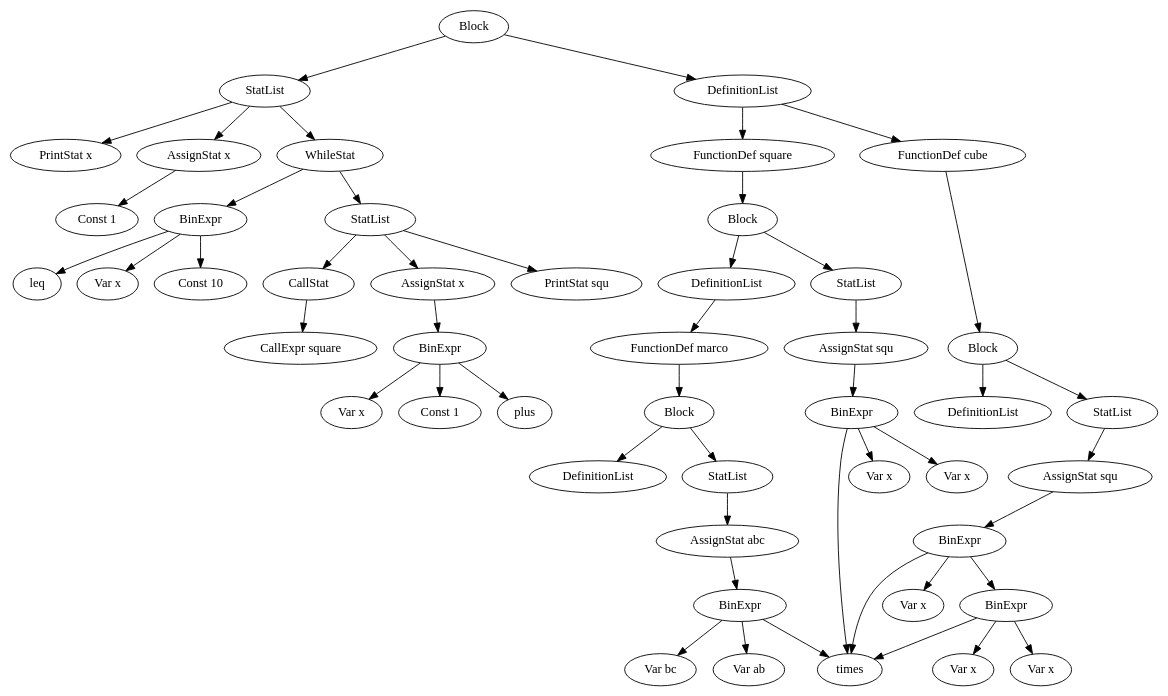
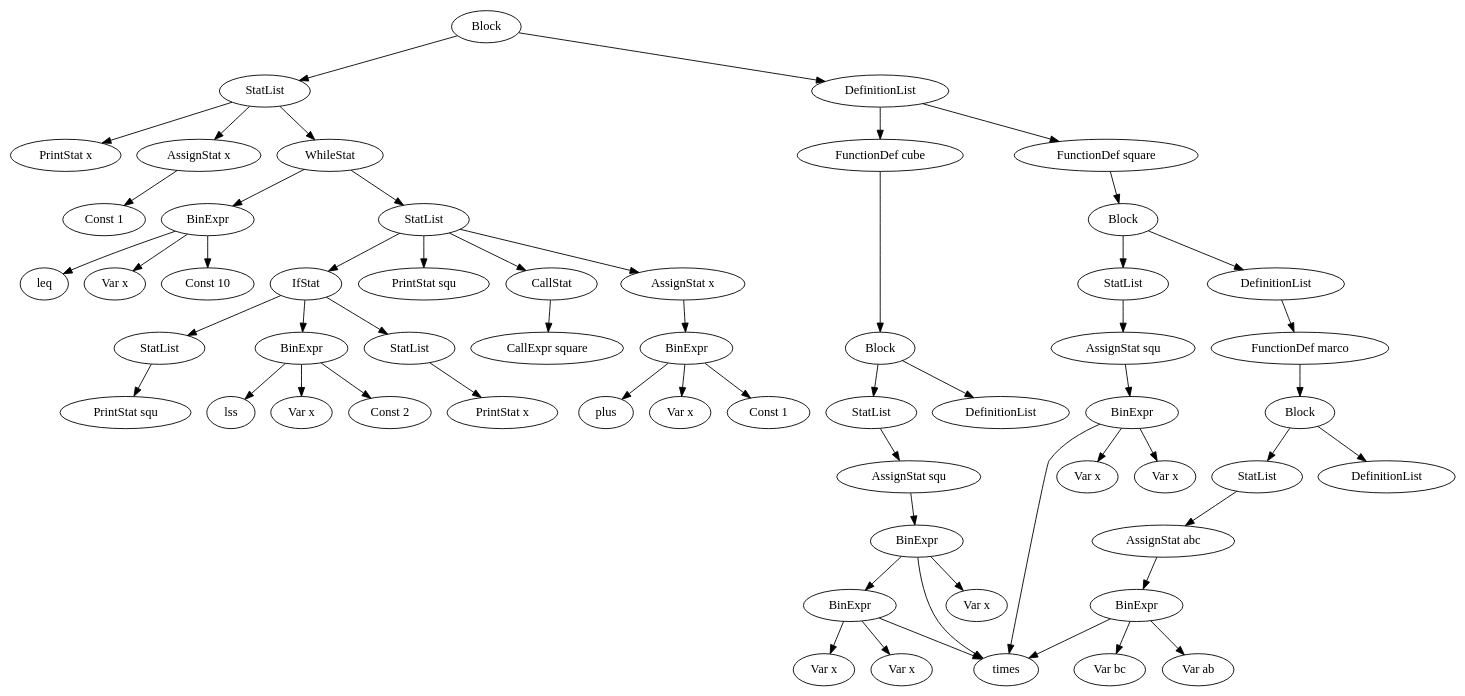
One commit to AloveIs/COT_lab changed the diagram in ir.gv. Above: the diagram before and after it, drawn with Graphviz. The commit also changed 15 other files, not shown here.

```diff
--- a/ir.gv
+++ b/ir.gv
@@ -1,101 +1,119 @@
 digraph "IR representation" {
-	140625506110032 [label="Block "]
-	140625506110032 -> 140625506109008
-	140625506110032 -> 140625506567888
-	140625506109008 [label="StatList "]
-	140625506109008 -> 140625506109136
-	140625506109008 -> 140625506109904
-	140625506109008 -> 140625506109968
-	140625506109136 [label="AssignStat x"]
-	140625506109136 -> 140625506109072
-	140625506109072 [label="Const 1"]
-	140625506109904 [label="WhileStat "]
-	140625506109904 -> 140625506109392
-	140625506109904 -> 140625506109328
-	140625506109392 [label="StatList "]
-	140625506109392 -> 140625506109520
-	140625506109392 -> 140625506109776
-	140625506109392 -> 140625506109840
-	140625506109520 [label="CallStat "]
-	140625506109520 -> 140625506109456
-	140625506109456 [label="CallExpr square"]
-	140625506109776 [label="AssignStat x"]
-	140625506109776 -> 140625506109712
-	140625506109712 [label="BinExpr "]
-	140625506109712 -> 140625531354352
-	140625531354352 [label=plus]
-	140625506109712 -> 140625506109584
-	140625506109712 -> 140625506109648
-	140625506109584 [label="Var x"]
-	140625506109648 [label="Const 1"]
-	140625506109840 [label="PrintStat squ"]
-	140625506109328 [label="BinExpr "]
-	140625506109328 -> 140625508149408
-	140625508149408 [label=leq]
-	140625506109328 -> 140625506109200
-	140625506109328 -> 140625506109264
-	140625506109200 [label="Var x"]
-	140625506109264 [label="Const 10"]
-	140625506109968 [label="PrintStat x"]
-	140625506567888 [label="DefinitionList "]
-	140625506567888 -> 140625506108048
-	140625506567888 -> 140625506108880
-	140625506108048 [label="FunctionDef square"]
-	140625506108048 -> 140625506107920
-	140625506107920 [label="Block "]
-	140625506107920 -> 140625506107600
-	140625506107920 -> 140625506568592
-	140625506107600 [label="StatList "]
-	140625506107600 -> 140625506107856
-	140625506107856 [label="AssignStat squ"]
-	140625506107856 -> 140625506107792
-	140625506107792 [label="BinExpr "]
-	140625506107792 -> 140625532370880
-	140625532370880 [label=times]
-	140625506107792 -> 140625506107664
-	140625506107792 -> 140625506107728
-	140625506107664 [label="Var x"]
-	140625506107728 [label="Var x"]
-	140625506568592 [label="DefinitionList "]
-	140625506568592 -> 140625506107472
-	140625506107472 [label="FunctionDef marco"]
-	140625506107472 -> 140625506570128
-	140625506570128 [label="Block "]
-	140625506570128 -> 140625506569232
-	140625506570128 -> 140625506568848
-	140625506569232 [label="StatList "]
-	140625506569232 -> 140625506570064
-	140625506570064 [label="AssignStat abc"]
-	140625506570064 -> 140625506570000
-	140625506570000 [label="BinExpr "]
-	140625506570000 -> 140625532370880
-	140625532370880 [label=times]
-	140625506570000 -> 140625506569808
-	140625506570000 -> 140625506569936
-	140625506569808 [label="Var ab"]
-	140625506569936 [label="Var bc"]
-	140625506568848 [label="DefinitionList "]
-	140625506108880 [label="FunctionDef cube"]
-	140625506108880 -> 140625506108752
-	140625506108752 [label="Block "]
-	140625506108752 -> 140625506108304
-	140625506108752 -> 140625506108176
-	140625506108304 [label="StatList "]
-	140625506108304 -> 140625506108688
-	140625506108688 [label="AssignStat squ"]
-	140625506108688 -> 140625506108624
-	140625506108624 [label="BinExpr "]
-	140625506108624 -> 140625532370880
-	140625532370880 [label=times]
-	140625506108624 -> 140625506108496
-	140625506108624 -> 140625506108560
-	140625506108496 [label="BinExpr "]
-	140625506108496 -> 140625532370880
-	140625532370880 [label=times]
-	140625506108496 -> 140625506108368
-	140625506108496 -> 140625506108432
-	140625506108368 [label="Var x"]
-	140625506108432 [label="Var x"]
-	140625506108560 [label="Var x"]
-	140625506108176 [label="DefinitionList "]
+	140700635512272 [label="Block "]
+	140700635512272 -> 140700635510608
+	140700635512272 -> 140700635486032
+	140700635510608 [label="StatList "]
+	140700635510608 -> 140700635510736
+	140700635510608 -> 140700635512144
+	140700635510608 -> 140700635512208
+	140700635510736 [label="AssignStat x"]
+	140700635510736 -> 140700635510672
+	140700635510672 [label="Const 1"]
+	140700635512144 [label="WhileStat "]
+	140700635512144 -> 140700635510992
+	140700635512144 -> 140700635510928
+	140700635510992 [label="StatList "]
+	140700635510992 -> 140700635511120
+	140700635510992 -> 140700635511376
+	140700635510992 -> 140700635512016
+	140700635510992 -> 140700635512080
+	140700635511120 [label="CallStat "]
+	140700635511120 -> 140700635511056
+	140700635511056 [label="CallExpr square"]
+	140700635511376 [label="AssignStat x"]
+	140700635511376 -> 140700635511312
+	140700635511312 [label="BinExpr "]
+	140700635511312 -> 140700660493552
+	140700660493552 [label=plus]
+	140700635511312 -> 140700635511184
+	140700635511312 -> 140700635511248
+	140700635511184 [label="Var x"]
+	140700635511248 [label="Const 1"]
+	140700635512016 [label="IfStat "]
+	140700635512016 -> 140700635511888
+	140700635512016 -> 140700635511696
+	140700635512016 -> 140700635511760
+	140700635511888 [label="StatList "]
+	140700635511888 -> 140700635511952
+	140700635511952 [label="PrintStat squ"]
+	140700635511696 [label="BinExpr "]
+	140700635511696 -> 140700637308488
+	140700637308488 [label=lss]
+	140700635511696 -> 140700635511504
+	140700635511696 -> 140700635511632
+	140700635511504 [label="Var x"]
+	140700635511632 [label="Const 2"]
+	140700635511760 [label="StatList "]
+	140700635511760 -> 140700635511824
+	140700635511824 [label="PrintStat x"]
+	140700635512080 [label="PrintStat squ"]
+	140700635510928 [label="BinExpr "]
+	140700635510928 -> 140700637308528
+	140700637308528 [label=leq]
+	140700635510928 -> 140700635510800
+	140700635510928 -> 140700635510864
+	140700635510800 [label="Var x"]
+	140700635510864 [label="Const 10"]
+	140700635512208 [label="PrintStat x"]
+	140700635486032 [label="DefinitionList "]
+	140700635486032 -> 140700635509648
+	140700635486032 -> 140700635510480
+	140700635509648 [label="FunctionDef square"]
+	140700635509648 -> 140700635509520
+	140700635509520 [label="Block "]
+	140700635509520 -> 140700635509200
+	140700635509520 -> 140700635486736
+	140700635509200 [label="StatList "]
+	140700635509200 -> 140700635509456
+	140700635509456 [label="AssignStat squ"]
+	140700635509456 -> 140700635509392
+	140700635509392 [label="BinExpr "]
+	140700635509392 -> 140700661510080
+	140700661510080 [label=times]
+	140700635509392 -> 140700635509264
+	140700635509392 -> 140700635509328
+	140700635509264 [label="Var x"]
+	140700635509328 [label="Var x"]
+	140700635486736 [label="DefinitionList "]
+	140700635486736 -> 140700635509072
+	140700635509072 [label="FunctionDef marco"]
+	140700635509072 -> 140700635508944
+	140700635508944 [label="Block "]
+	140700635508944 -> 140700635487504
+	140700635508944 -> 140700635487120
+	140700635487504 [label="StatList "]
+	140700635487504 -> 140700635508880
+	140700635508880 [label="AssignStat abc"]
+	140700635508880 -> 140700635508816
+	140700635508816 [label="BinExpr "]
+	140700635508816 -> 140700661510080
+	140700661510080 [label=times]
+	140700635508816 -> 140700635488080
+	140700635508816 -> 140700635488208
+	140700635488080 [label="Var ab"]
+	140700635488208 [label="Var bc"]
+	140700635487120 [label="DefinitionList "]
+	140700635510480 [label="FunctionDef cube"]
+	140700635510480 -> 140700635510352
+	140700635510352 [label="Block "]
+	140700635510352 -> 140700635509904
+	140700635510352 -> 140700635509776
+	140700635509904 [label="StatList "]
+	140700635509904 -> 140700635510288
+	140700635510288 [label="AssignStat squ"]
+	140700635510288 -> 140700635510224
+	140700635510224 [label="BinExpr "]
+	140700635510224 -> 140700661510080
+	140700661510080 [label=times]
+	140700635510224 -> 140700635510096
+	140700635510224 -> 140700635510160
+	140700635510096 [label="BinExpr "]
+	140700635510096 -> 140700661510080
+	140700661510080 [label=times]
+	140700635510096 -> 140700635509968
+	140700635510096 -> 140700635510032
+	140700635509968 [label="Var x"]
+	140700635510032 [label="Var x"]
+	140700635510160 [label="Var x"]
+	140700635509776 [label="DefinitionList "]
 }
```
